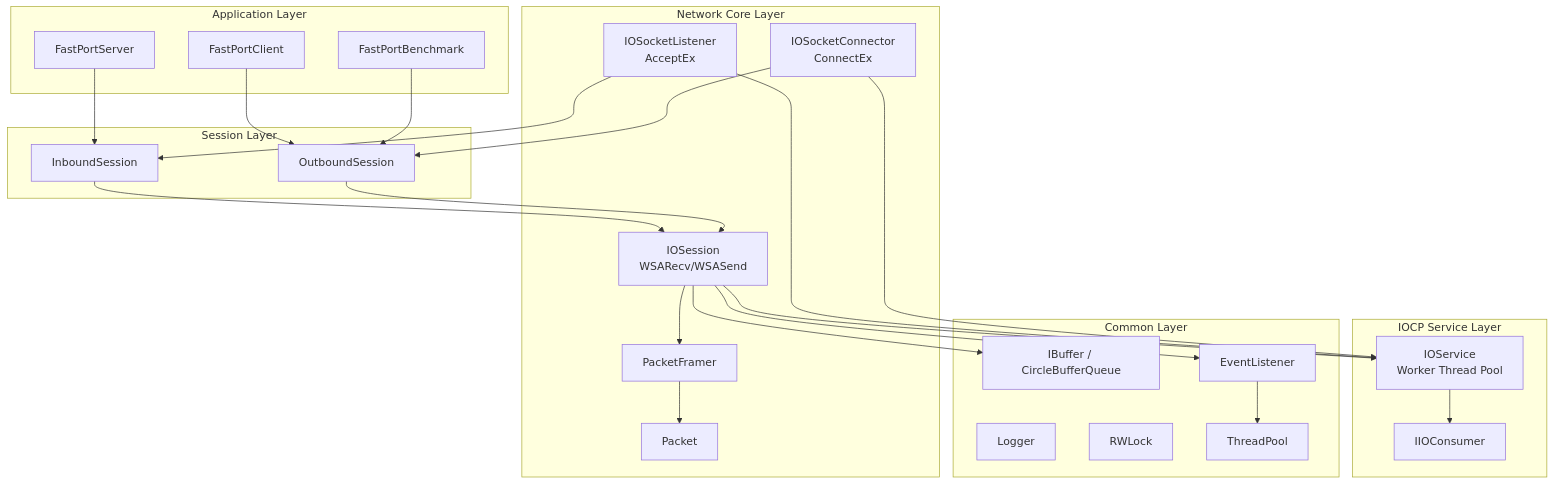
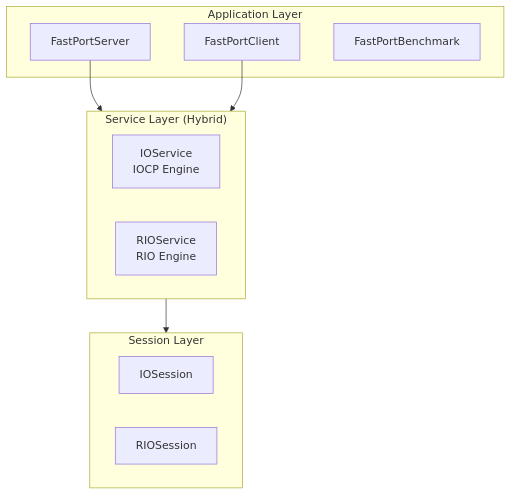
One commit to boinred/FastPort changed the diagram in README.md. Above: the diagram before and after it, drawn with Mermaid. The commit also changed other lines of this file and 19 other files, not shown here.

First line of the commit message:
FastPortServer: IOCP/RIO 듀얼 엔진 구조로 리팩터링

````diff
--- a/README.md
+++ b/README.md
@@ -38,51 +59,22 @@
 ```mermaid
 graph TB
     subgraph Application["Application Layer"]
         Server[FastPortServer]
         Client[FastPortClient]
         Benchmark[FastPortBenchmark]
     end
 
-    subgraph Session["Session Layer"]
-        Inbound[InboundSession]
-        Outbound[OutboundSession]
+    subgraph Service["Service Layer (Hybrid)"]
+        IOService[IOService<br/>IOCP Engine]
+        RIOService[RIOService<br/>RIO Engine]
     end
 
-    subgraph Network["Network Core Layer"]
-        Listener[IOSocketListener<br/>AcceptEx]
-        Connector[IOSocketConnector<br/>ConnectEx]
-        IOSession[IOSession<br/>WSARecv/WSASend]
-        Framer[PacketFramer]
-        Packet[Packet]
+    subgraph Session["Session Layer"]
+        IOSession[IOSession]
+        RIOSession[RIOSession]
     end
-
-    subgraph IOCP["IOCP Service Layer"]
-        IOService[IOService<br/>Worker Thread Pool]
-        Consumer[IIOConsumer]
-    end
-
-    subgraph Common["Common Layer"]
-        Buffer[IBuffer / CircleBufferQueue]
-        Logger[Logger]
-        Lock[RWLock]
-        ThreadPool[ThreadPool]
-        EventListener[EventListener]
-    end
-
-    Server --> Inbound
-    Client --> Outbound
-    Benchmark --> Outbound
-    Inbound --> IOSession
-    Outbound --> IOSession
-    Listener --> Inbound
-    Connector --> Outbound
-    IOSession --> Framer
-    Framer --> Packet
-    IOSession --> IOService
-    Listener --> IOService
-    Connector --> IOService
-    IOService --> Consumer
-    IOSession --> Buffer
-    IOSession --> EventListener
-    EventListener --> ThreadPool
+    
+    Server --> Service
+    Client --> Service
+    Service --> Session
 ```
````
